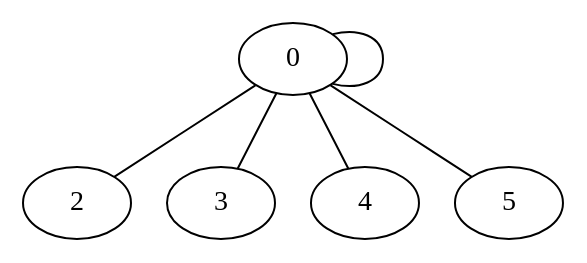
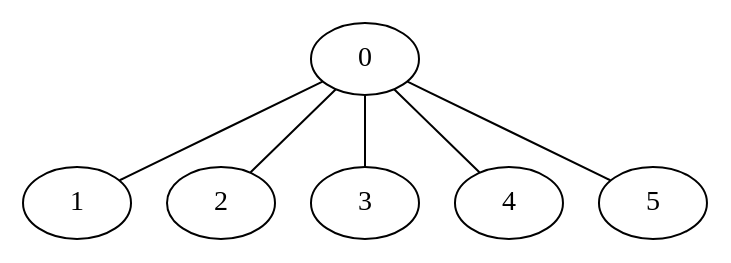
One commit to hdd-robot/vica changed the diagram in src/vica_eval_graph/graph/dmp_graph_path.dot. Above: the diagram before and after it, drawn with Graphviz. The commit also changed 18 other files, not shown here.

```diff
--- a/src/vica_eval_graph/graph/dmp_graph_path.dot
+++ b/src/vica_eval_graph/graph/dmp_graph_path.dot
@@ -1,12 +1,13 @@
 graph G {
 0[label=0];
-1[label=2];
-2[label=3];
-3[label=4];
-4[label=5];
-0--0 ;
+1[label=1];
+2[label=2];
+3[label=3];
+4[label=4];
+5[label=5];
 0--1 ;
 0--2 ;
 0--3 ;
 0--4 ;
+0--5 ;
 }
```
